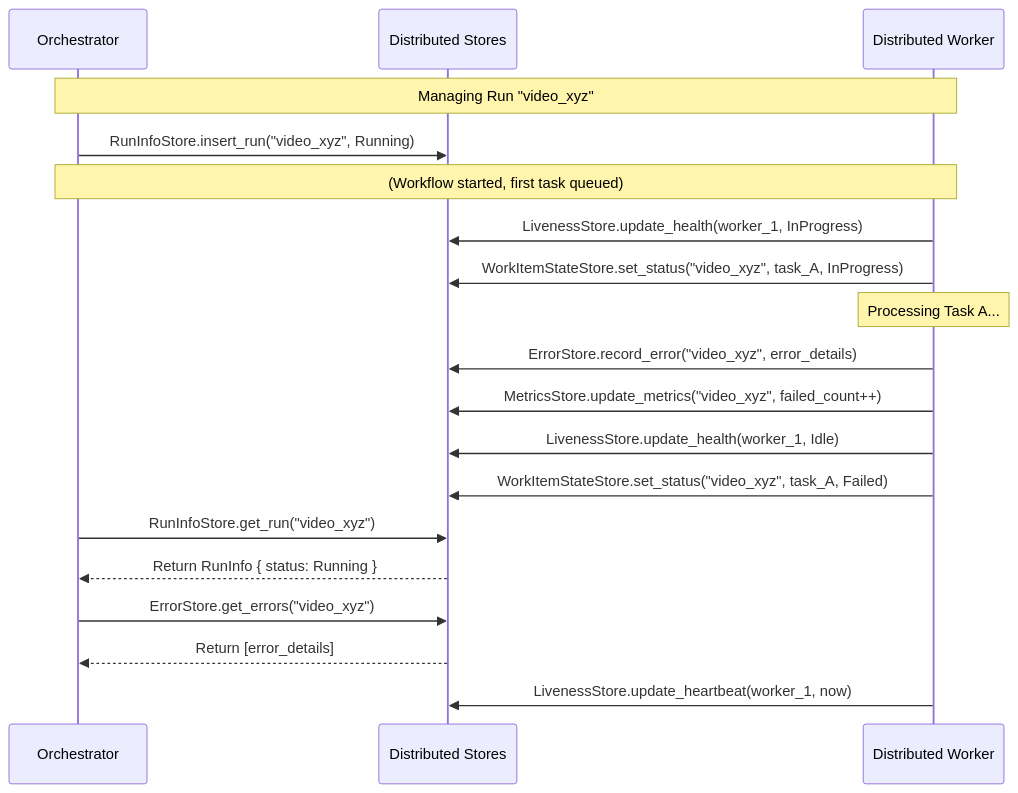
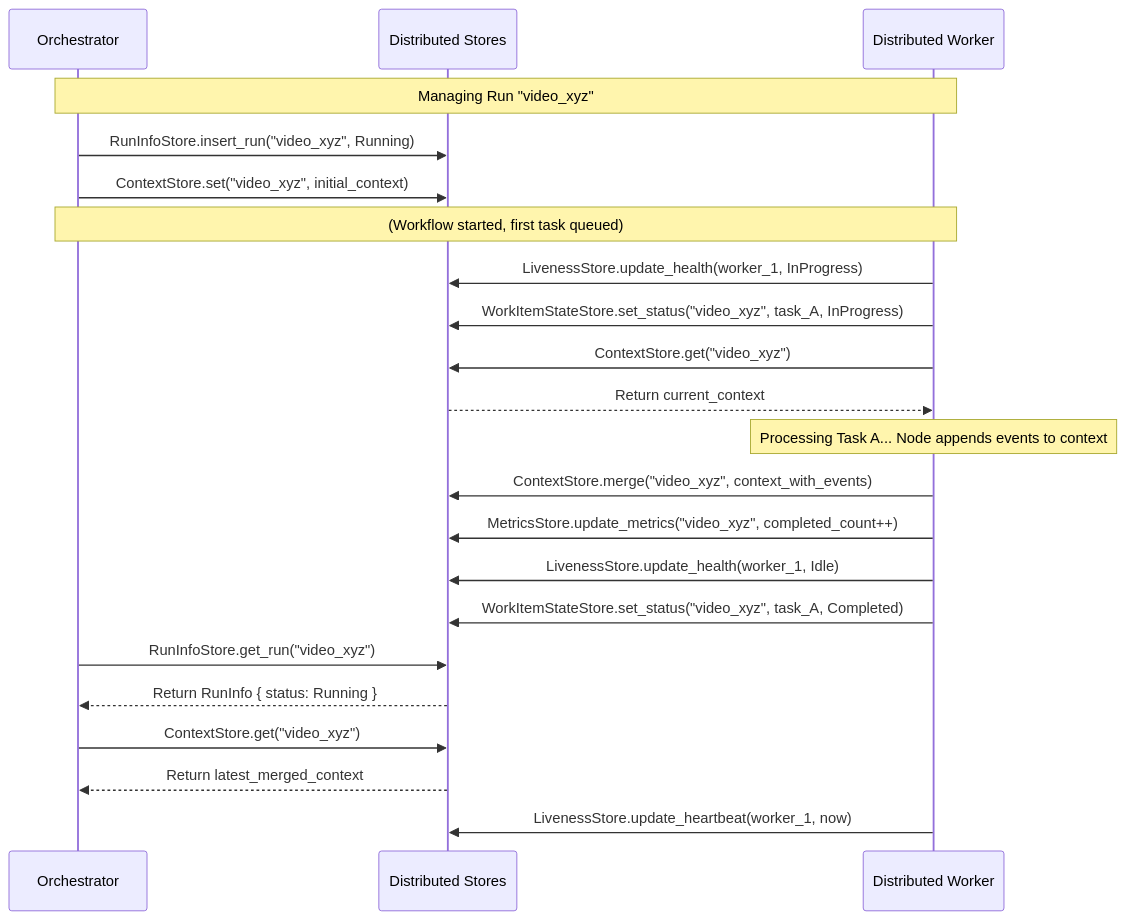
Before and after one commit to aitoroses/floxide: the diagram in docs/floxide-tutorial/09_distributed_stores___runinfostore____metricsstore____errorstore____livenessstore____workitemstatestore___.md, drawn with Mermaid. The commit also changed other lines of this file and 5 other files, not shown here.

````diff
--- a/docs/floxide-tutorial/09_distributed_stores___runinfostore____metricsstore____errorstore____livenessstore____workitemstatestore___.md
+++ b/docs/floxide-tutorial/09_distributed_stores___runinfostore____metricsstore____errorstore____livenessstore____workitemstatestore___.md
@@ -173,26 +204,29 @@
 ```mermaid
 sequenceDiagram
     participant Orch as Orchestrator
     participant Stores as Distributed Stores
     participant Worker as Distributed Worker
 
     Note over Orch, Worker: Managing Run "video_xyz"
 
     Orch->>Stores: RunInfoStore.insert_run("video_xyz", Running)
+    Orch->>Stores: ContextStore.set("video_xyz", initial_context)
     Note over Orch, Worker: (Workflow started, first task queued)
 
     Worker->>Stores: LivenessStore.update_health(worker_1, InProgress)
     Worker->>Stores: WorkItemStateStore.set_status("video_xyz", task_A, InProgress)
-    Note over Worker: Processing Task A...
-    Worker->>Stores: ErrorStore.record_error("video_xyz", error_details)
-    Worker->>Stores: MetricsStore.update_metrics("video_xyz", failed_count++)
+    Worker->>Stores: ContextStore.get("video_xyz")
+    Stores-->>Worker: Return current_context
+    Note over Worker: Processing Task A... Node appends events to context
+    Worker->>Stores: ContextStore.merge("video_xyz", context_with_events)
+    Worker->>Stores: MetricsStore.update_metrics("video_xyz", completed_count++)
     Worker->>Stores: LivenessStore.update_health(worker_1, Idle)
-    Worker->>Stores: WorkItemStateStore.set_status("video_xyz", task_A, Failed)
+    Worker->>Stores: WorkItemStateStore.set_status("video_xyz", task_A, Completed)
 
     Orch->>Stores: RunInfoStore.get_run("video_xyz")
     Stores-->>Orch: Return RunInfo { status: Running }
-    Orch->>Stores: ErrorStore.get_errors("video_xyz")
-    Stores-->>Orch: Return [error_details]
+    Orch->>Stores: ContextStore.get("video_xyz")
+    Stores-->>Orch: Return latest_merged_context
 
     Worker->>Stores: LivenessStore.update_heartbeat(worker_1, now)
 ```
````
